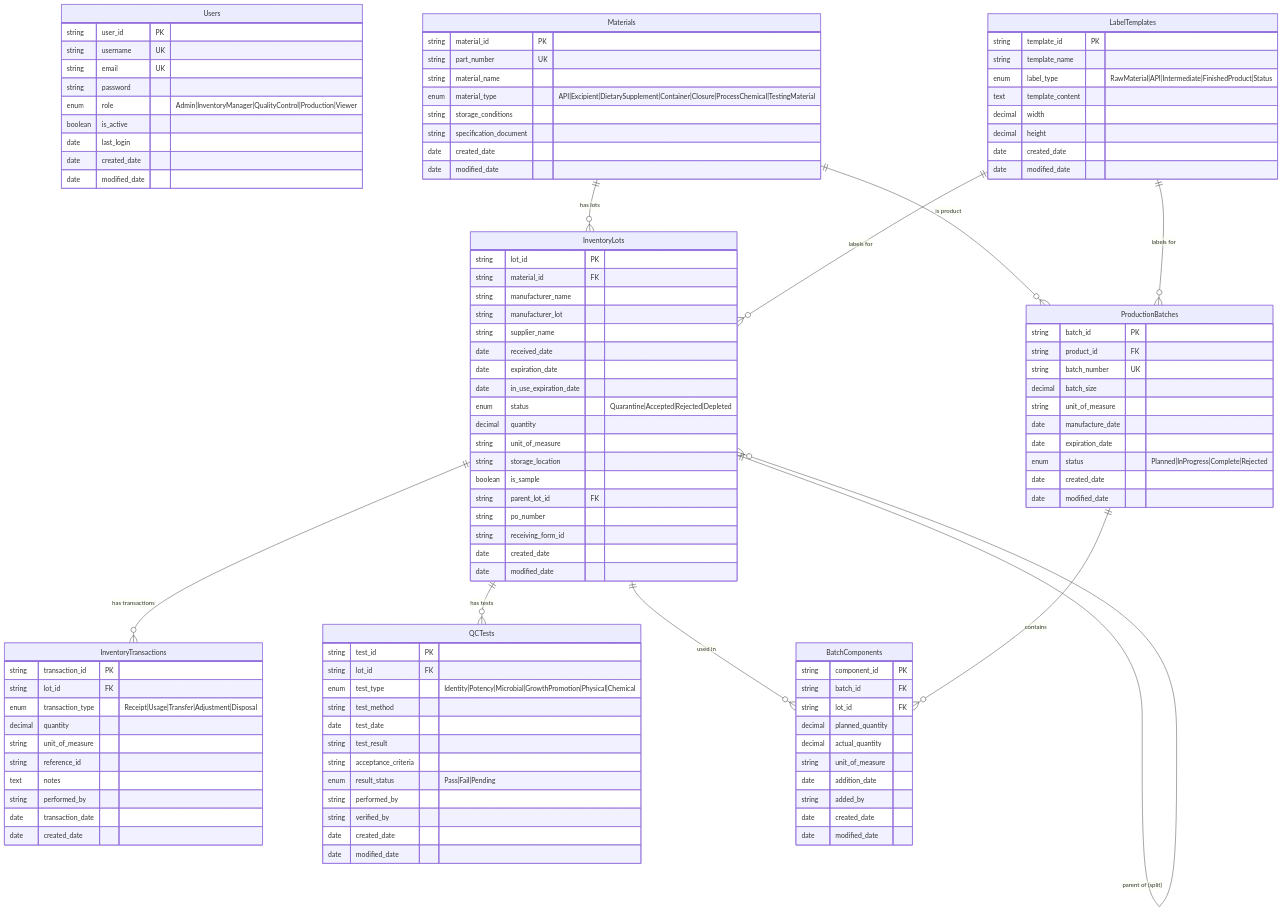
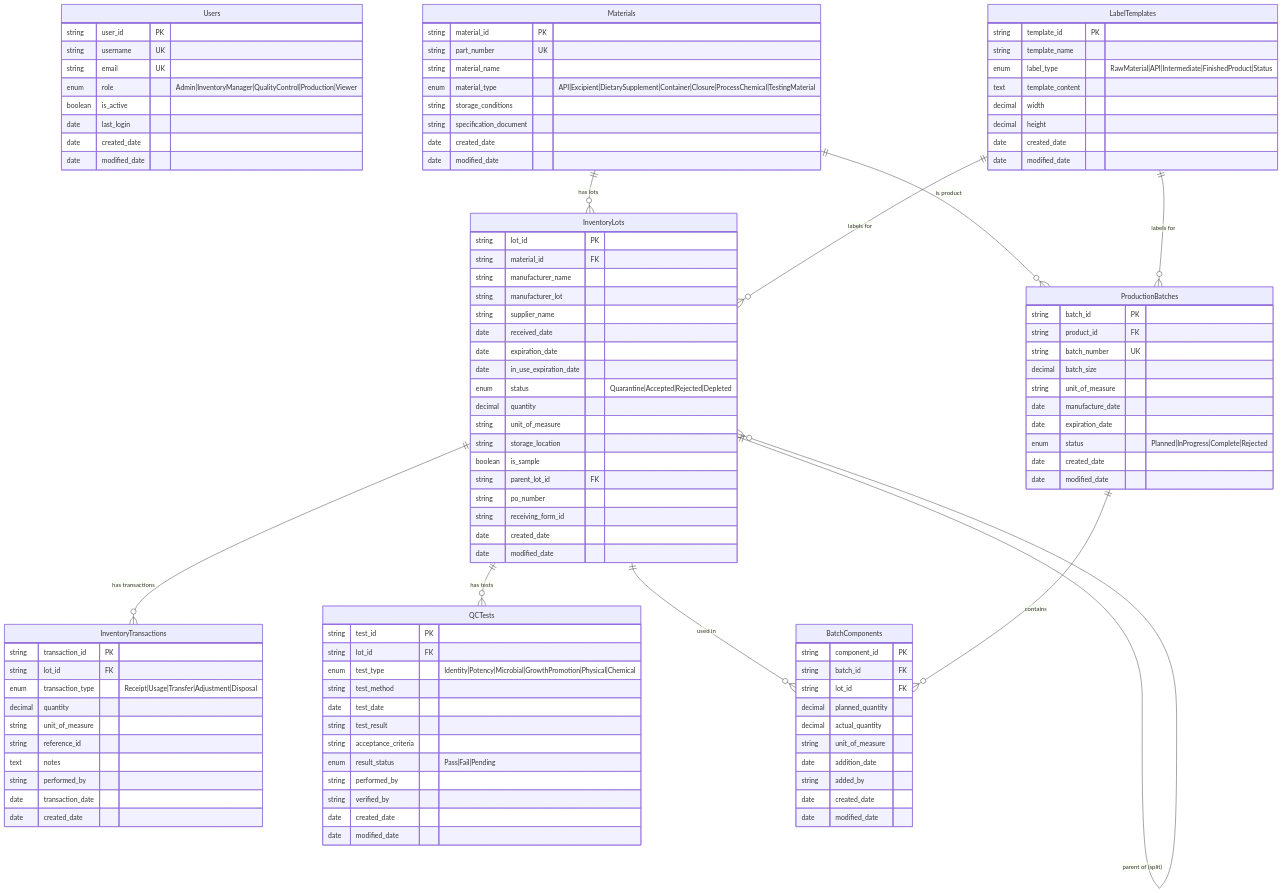
Before and after one commit to NguyenTri251004/SEC_Team_02_2026: the first of 3 diagrams in 01_Documents/02_Domain Model.md, drawn with Mermaid. The commit also changed other lines of this file and 7 other files, not shown here.

```diff
--- a/01_Documents/02_Domain Model.md
+++ b/01_Documents/02_Domain Model.md
@@ -273,7 +272,6 @@
         string user_id PK
         string username UK
         string email UK
-        string password
         enum role "Admin|InventoryManager|QualityControl|Production|Viewer"
         boolean is_active
         date last_login
```
